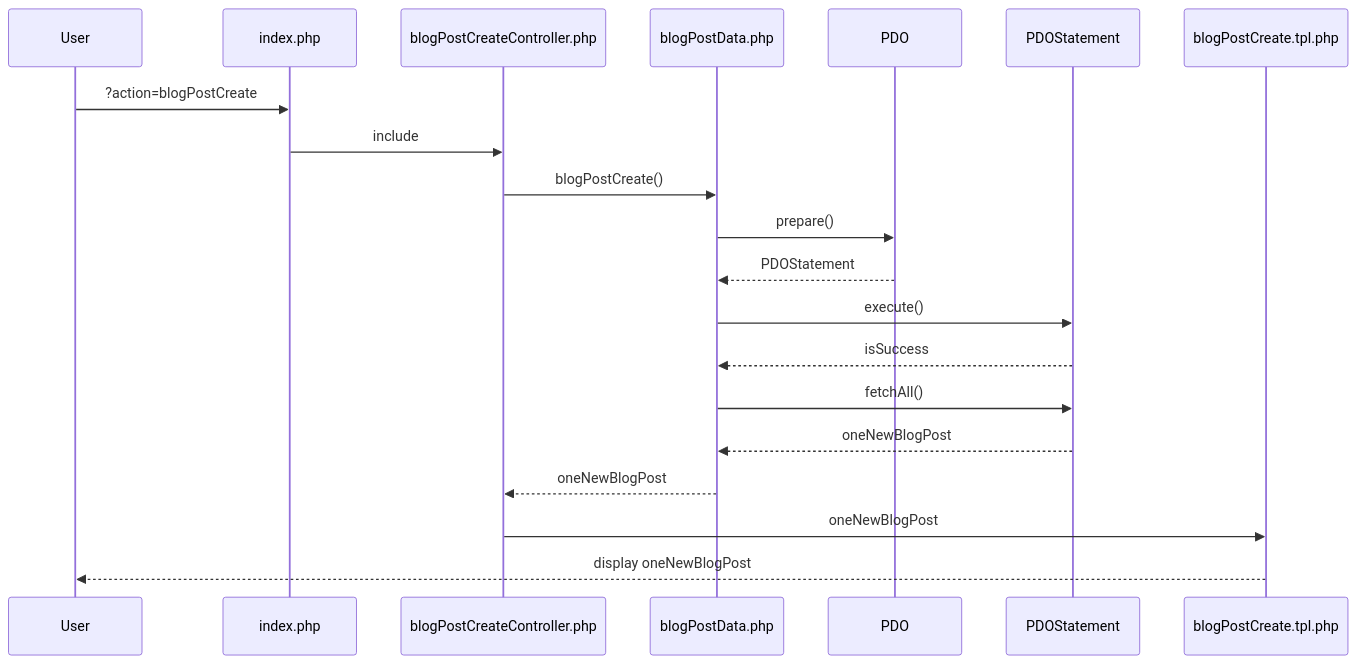
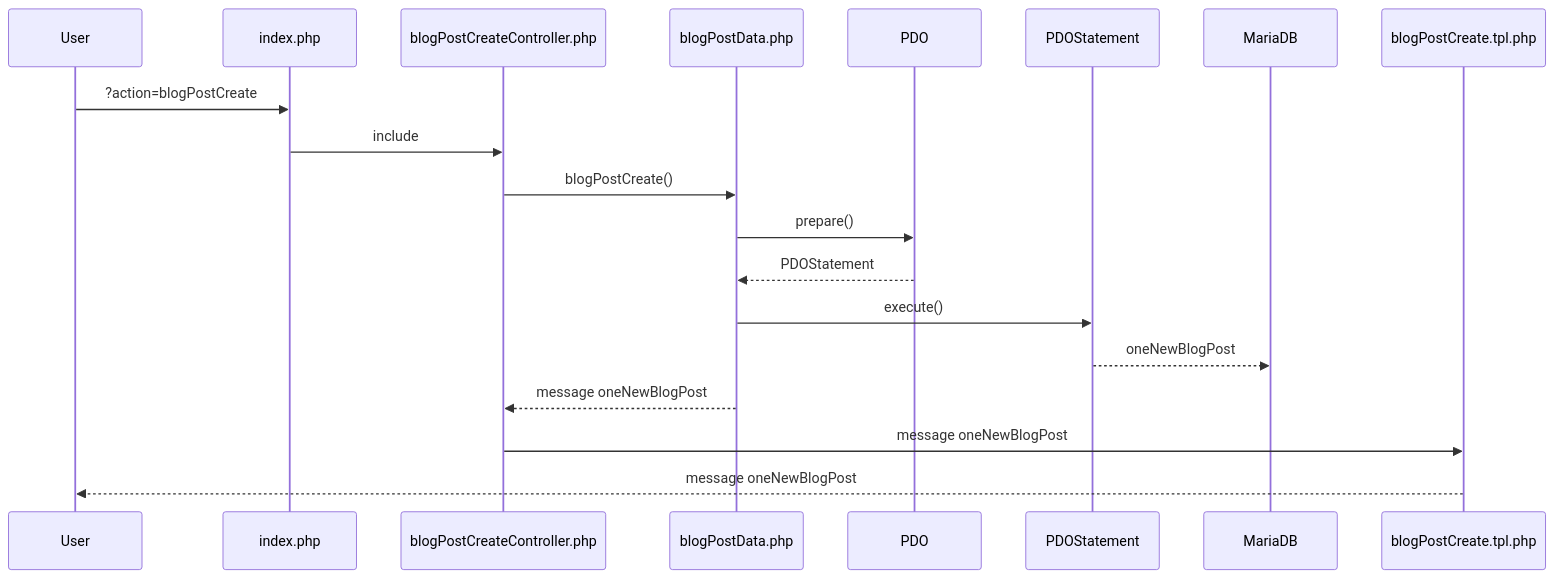
One commit to AugustinPech/Cours_3_PHP changed the fourth of 5 diagrams in doc/diagramme.md. Above: the diagram before and after it, drawn with Mermaid. The commit also changed other lines of this file and 8 other files, not shown here.

````diff
--- a/doc/diagramme.md
+++ b/doc/diagramme.md
@@ -46,15 +46,13 @@
 ```mermaid
 sequenceDiagram
     User->>index.php: ?action=blogPostCreate
     index.php->>blogPostCreateController.php: include
     blogPostCreateController.php->>blogPostData.php: blogPostCreate()
     blogPostData.php->>PDO: prepare()
     PDO-->>blogPostData.php: PDOStatement
     blogPostData.php->>PDOStatement: execute()
-    PDOStatement-->>blogPostData.php: isSuccess
-    blogPostData.php->>PDOStatement: fetchAll()
-    PDOStatement-->>blogPostData.php: oneNewBlogPost
-    blogPostData.php-->>blogPostCreateController.php: oneNewBlogPost
-    blogPostCreateController.php->>blogPostCreate.tpl.php: oneNewBlogPost
-    blogPostCreate.tpl.php -->>User: display oneNewBlogPost
+    PDOStatement-->>MariaDB: oneNewBlogPost
+    blogPostData.php-->>blogPostCreateController.php: message oneNewBlogPost
+    blogPostCreateController.php->>blogPostCreate.tpl.php: message oneNewBlogPost
+    blogPostCreate.tpl.php -->>User: message oneNewBlogPost
 ```
````
